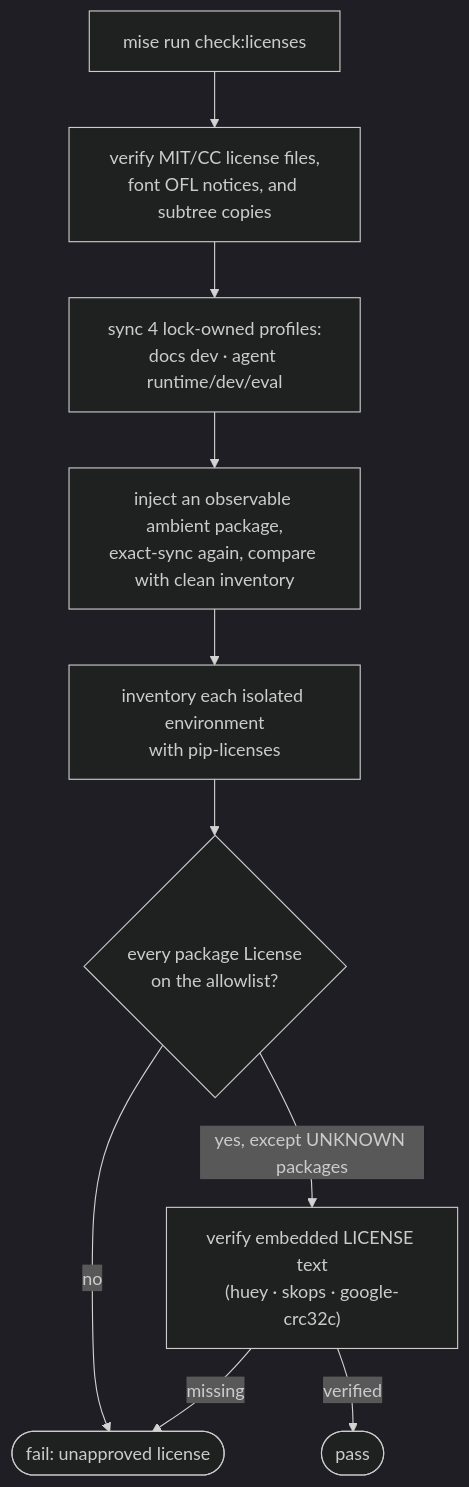
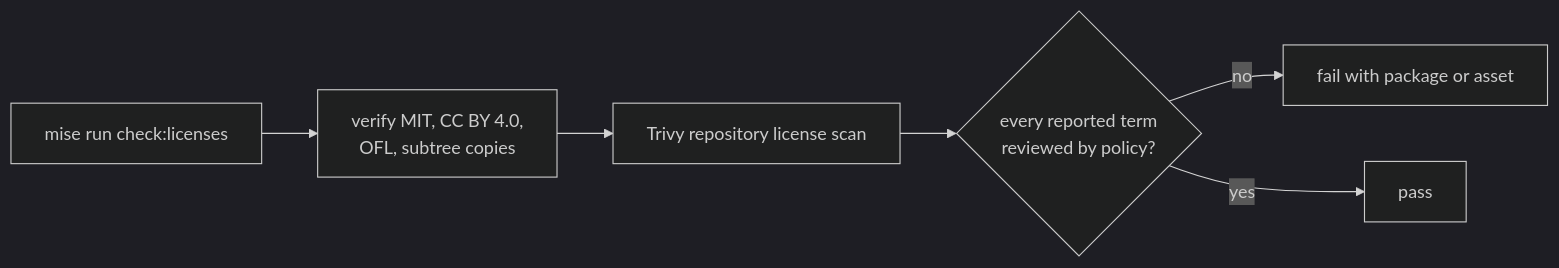
One commit to LuiGGi629/agentops-open-course changed the diagram in content/8. Community/8.1. License.md. Above: the diagram before and after it, drawn with Mermaid (dark theme). The commit also changed other lines of this file and 87 other files, not shown here.

````diff
--- a/content/8. Community/8.1. License.md
+++ b/content/8. Community/8.1. License.md
@@ -116,12 +81,8 @@
 ```mermaid
-flowchart TD
-    A["mise run check:licenses"] --> B["verify MIT/CC license files,<br/>font OFL notices, and subtree copies"]
-    B --> C["sync 4 lock-owned profiles:<br/>docs dev · agent runtime/dev/eval"]
-    C --> C1["inject an observable ambient package,<br/>exact-sync again, compare with clean inventory"]
-    C1 --> C2["inventory each isolated environment<br/>with pip-licenses"]
-    C2 --> D{"every package License<br/>on the allowlist?"}
-    D -->|no| F([fail: unapproved license])
-    D -->|"yes, except UNKNOWN packages"| E["verify embedded LICENSE text<br/>(huey · skops · google-crc32c)"]
-    E -->|missing| F
-    E -->|verified| G([pass])
+flowchart LR
+    Gate["mise run check:licenses"] --> Notices["verify MIT, CC BY 4.0,<br/>OFL, subtree copies"]
+    Notices --> Trivy["Trivy repository license scan"]
+    Trivy --> Review{"every reported term<br/>reviewed by policy?"}
+    Review -->|no| Fail["fail with package or asset"]
+    Review -->|yes| Pass["pass"]
 ```
````
